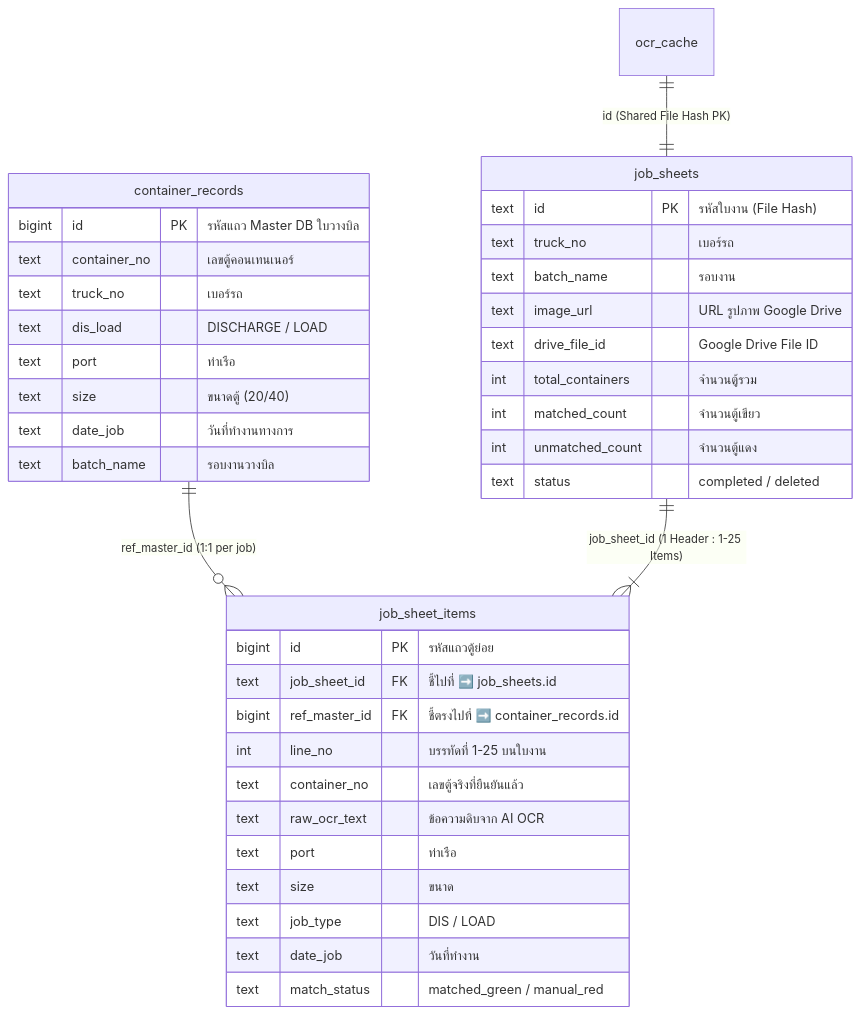
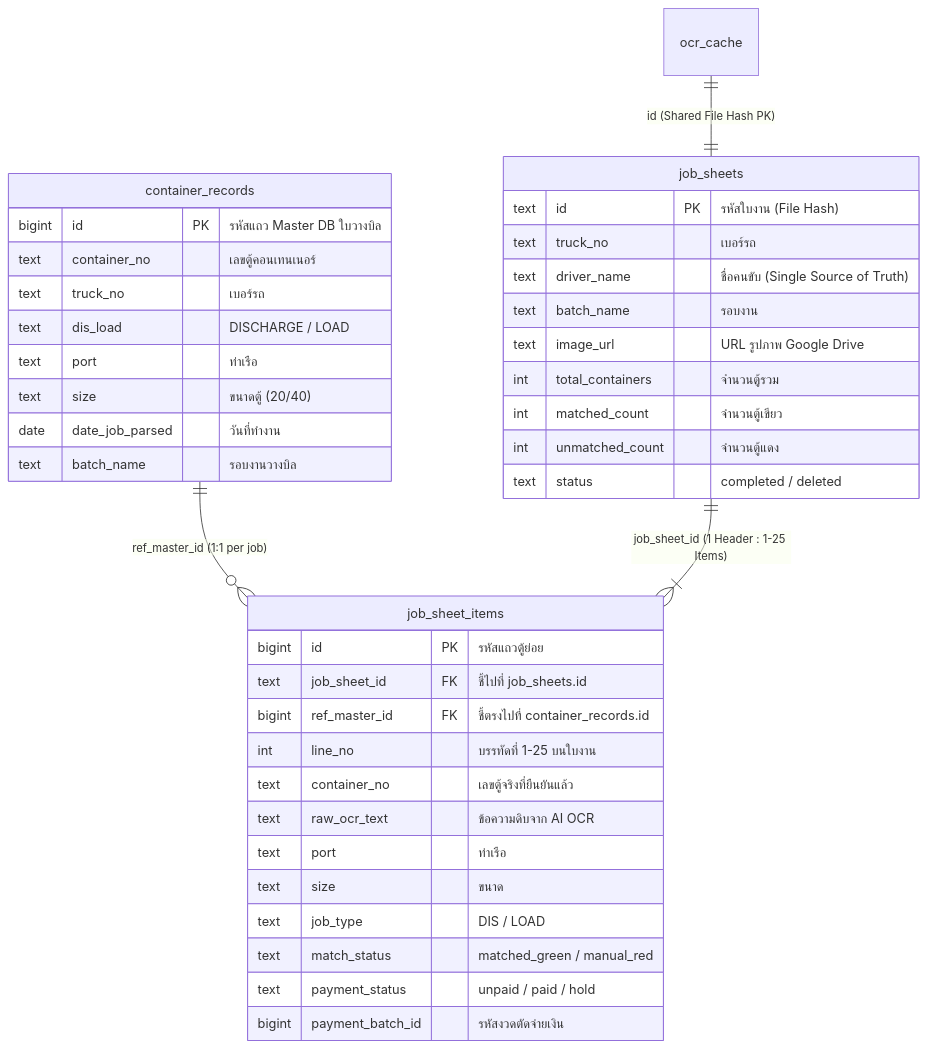
The first of 2 diagrams in PROJECT_GUIDE.md (buayroo04git/Container_V3_WebApp), drawn with Mermaid before and after one commit. The commit also changed other lines of this file and 80 other files, not shown here.

Commit message:
feat(payroll): stabilize driver payroll ledger, add advances/loan support and master migration 14

````diff
--- a/PROJECT_GUIDE.md
+++ b/PROJECT_GUIDE.md
@@ -224,43 +103,44 @@
 ```mermaid
 erDiagram
     container_records ||--o{ job_sheet_items : "ref_master_id (1:1 per job)"
     job_sheets ||--|{ job_sheet_items : "job_sheet_id (1 Header : 1-25 Items)"
     ocr_cache ||--|| job_sheets : "id (Shared File Hash PK)"
 
     container_records {
         bigint id PK "รหัสแถว Master DB ใบวางบิล"
         text container_no "เลขตู้คอนเทนเนอร์"
         text truck_no "เบอร์รถ"
         text dis_load "DISCHARGE / LOAD"
         text port "ท่าเรือ"
         text size "ขนาดตู้ (20/40)"
-        text date_job "วันที่ทำงานทางการ"
+        date date_job_parsed "วันที่ทำงาน"
         text batch_name "รอบงานวางบิล"
     }
 
     job_sheets {
         text id PK "รหัสใบงาน (File Hash)"
         text truck_no "เบอร์รถ"
+        text driver_name "ชื่อคนขับ (Single Source of Truth)"
         text batch_name "รอบงาน"
         text image_url "URL รูปภาพ Google Drive"
-        text drive_file_id "Google Drive File ID"
         int total_containers "จำนวนตู้รวม"
         int matched_count "จำนวนตู้เขียว"
         int unmatched_count "จำนวนตู้แดง"
         text status "completed / deleted"
     }
 
     job_sheet_items {
         bigint id PK "รหัสแถวตู้ย่อย"
-        text job_sheet_id FK "ชี้ไปที่ ➡️ job_sheets.id"
-        bigint ref_master_id FK "ชี้ตรงไปที่ ➡️ container_records.id"
+        text job_sheet_id FK "ชี้ไปที่ job_sheets.id"
+        bigint ref_master_id FK "ชี้ตรงไปที่ container_records.id"
         int line_no "บรรทัดที่ 1-25 บนใบงาน"
         text container_no "เลขตู้จริงที่ยืนยันแล้ว"
         text raw_ocr_text "ข้อความดิบจาก AI OCR"
         text port "ท่าเรือ"
         text size "ขนาด"
         text job_type "DIS / LOAD"
-        text date_job "วันที่ทำงาน"
         text match_status "matched_green / manual_red"
+        text payment_status "unpaid / paid / hold"
+        bigint payment_batch_id "รหัสงวดตัดจ่ายเงิน"
     }
 ```
````
